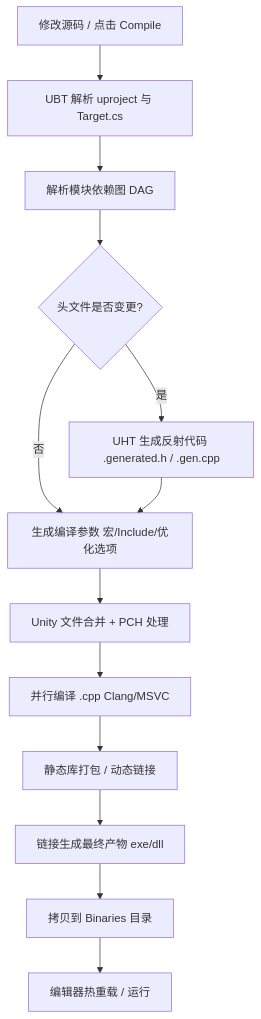
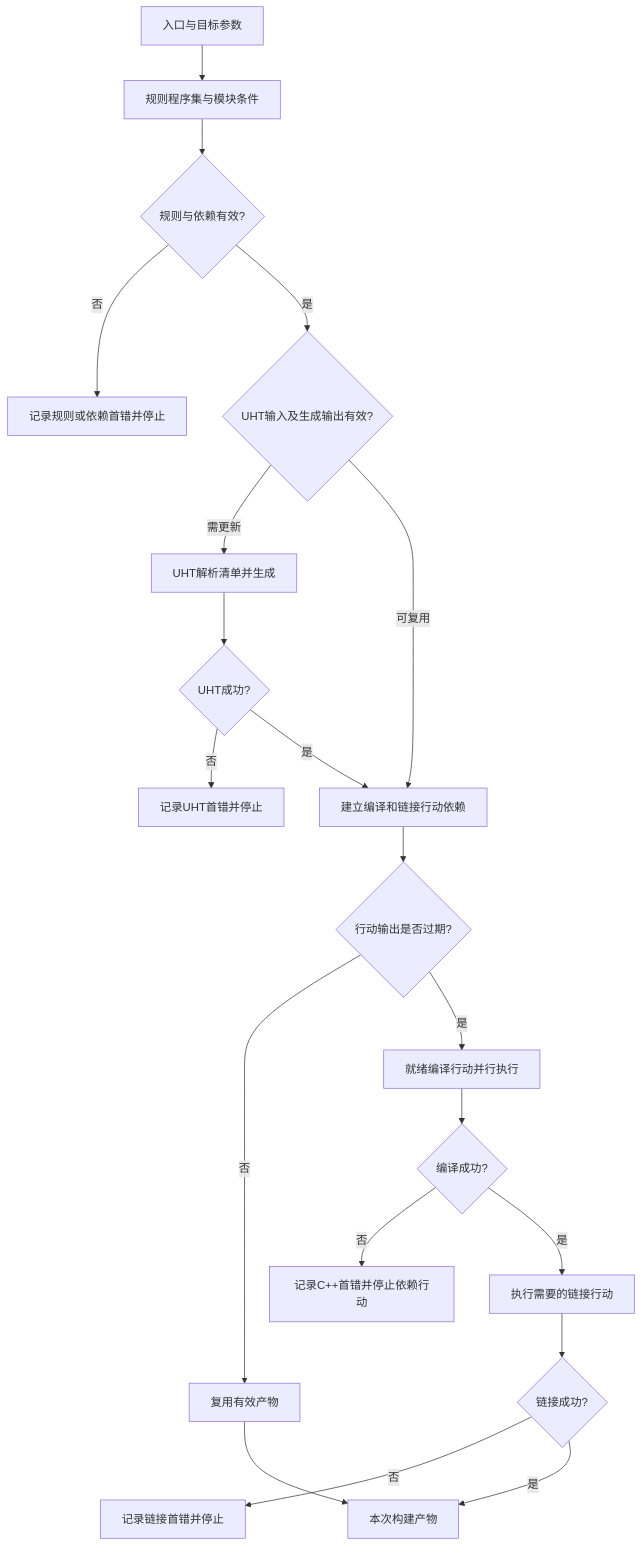
Before and after one commit to fantuan812/learning: the first of 2 diagrams in 知识/08-工程实践与质量/构建编译与制品/01-UBT构建系统与编译配置.md, drawn with Mermaid. The commit also changed other lines of this file and 1 other file, not shown here.

````diff
--- a/知识/08-工程实践与质量/构建编译与制品/01-UBT构建系统与编译配置.md
+++ b/知识/08-工程实践与质量/构建编译与制品/01-UBT构建系统与编译配置.md
@@ -121,15 +205,22 @@
 ```mermaid
 flowchart TD
-    A[修改源码 / 点击 Compile] --> B[UBT 解析 uproject 与 Target.cs]
-    B --> C[解析模块依赖图 DAG]
-    C --> D{头文件是否变更?}
-    D -- 是 --> E[UHT 生成反射代码 .generated.h / .gen.cpp]
-    D -- 否 --> F
-    E --> F[生成编译参数 宏/Include/优化选项]
-    F --> G[Unity 文件合并 + PCH 处理]
-    G --> H[并行编译 .cpp  Clang/MSVC]
-    H --> I[静态库打包 / 动态链接]
-    I --> J[链接生成最终产物 exe/dll]
-    J --> K[拷贝到 Binaries 目录]
-    K --> L[编辑器热重载 / 运行]
+    A[入口与目标参数] --> B[规则程序集与模块条件]
+    B --> C{规则与依赖有效?}
+    C -- 否 --> X1[记录规则或依赖首错并停止]
+    C -- 是 --> D{UHT输入及生成输出有效?}
+    D -- 需更新 --> E[UHT解析清单并生成]
+    E --> F{UHT成功?}
+    F -- 否 --> X2[记录UHT首错并停止]
+    F -- 是 --> G[建立编译和链接行动依赖]
+    D -- 可复用 --> G
+    G --> H{行动输出是否过期?}
+    H -- 否 --> I[复用有效产物]
+    H -- 是 --> J[就绪编译行动并行执行]
+    J --> K{编译成功?}
+    K -- 否 --> X3[记录C++首错并停止依赖行动]
+    K -- 是 --> L[执行需要的链接行动]
+    L --> M{链接成功?}
+    M -- 否 --> X4[记录链接首错并停止]
+    M -- 是 --> N[本次构建产物]
+    I --> N
 ```
````
